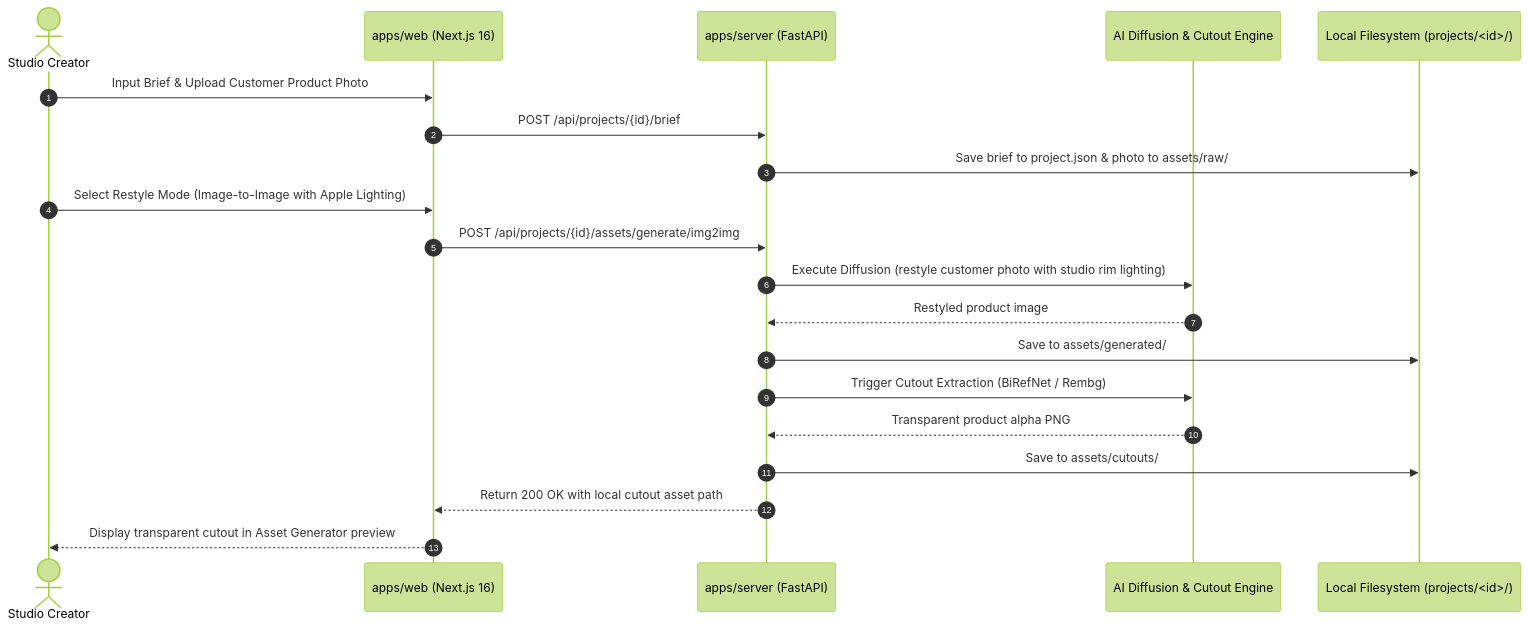
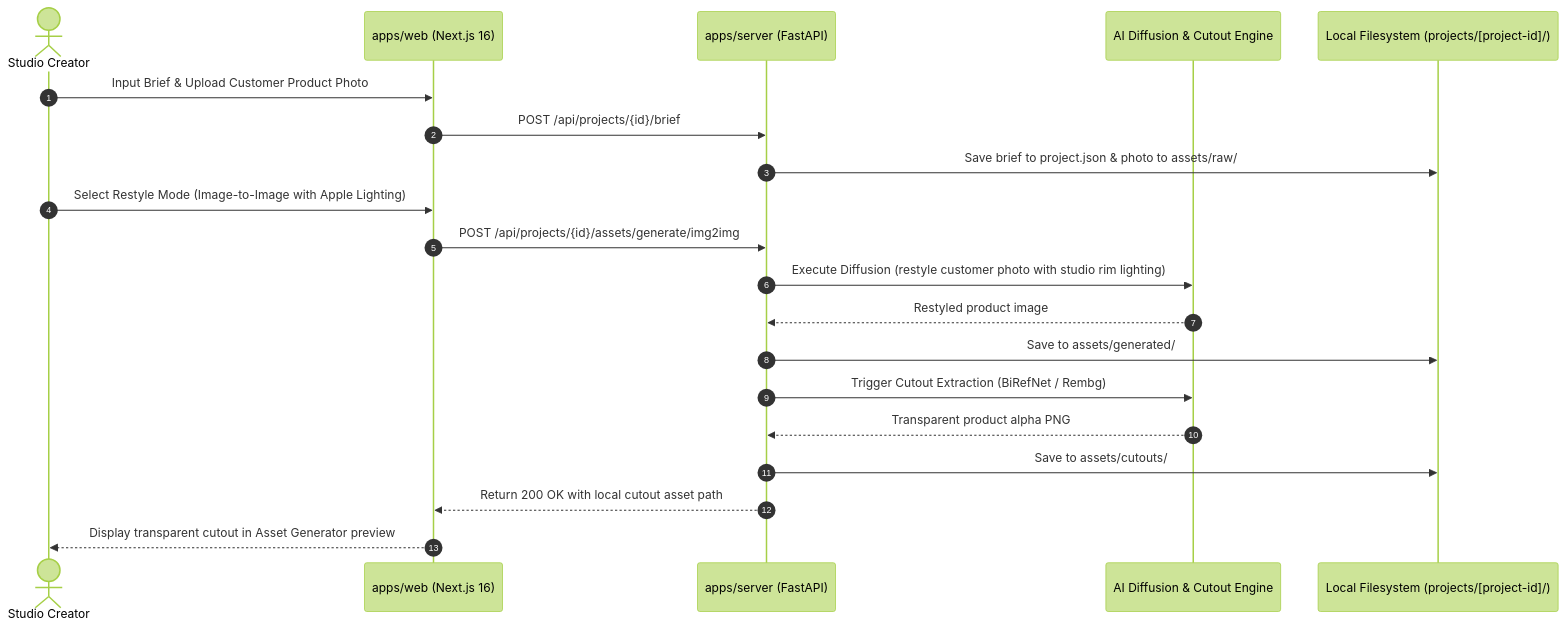
Before and after one commit to hoanglong2206/Video-Tool: the first of 5 diagrams in docs/architecture/DATA_FLOW.md, drawn with Mermaid (forest theme). The commit also changed other lines of this file and 8 other files, not shown here.

First line of the commit message:
fix(docs): fix Mermaid diagram syntax errors and unescaped tags

````diff
--- a/docs/architecture/DATA_FLOW.md
+++ b/docs/architecture/DATA_FLOW.md
@@ -21,25 +21,25 @@
 ```mermaid
 sequenceDiagram
     autonumber
     actor Creator as Studio Creator
     participant Web as apps/web (Next.js 16)
     participant API as apps/server (FastAPI)
     participant AI as AI Diffusion & Cutout Engine
-    participant FS as Local Filesystem (projects/<id>/)
+    participant FS as Local Filesystem (projects/[project-id]/)
 
     Creator->>Web: Input Brief & Upload Customer Product Photo
     Web->>API: POST /api/projects/{id}/brief
     API->>FS: Save brief to project.json & photo to assets/raw/
     
     Creator->>Web: Select Restyle Mode (Image-to-Image with Apple Lighting)
     Web->>API: POST /api/projects/{id}/assets/generate/img2img
     API->>AI: Execute Diffusion (restyle customer photo with studio rim lighting)
     AI-->>API: Restyled product image
     API->>FS: Save to assets/generated/
     
     API->>AI: Trigger Cutout Extraction (BiRefNet / Rembg)
     AI-->>API: Transparent product alpha PNG
     API->>FS: Save to assets/cutouts/
     API-->>Web: Return 200 OK with local cutout asset path
     Web-->>Creator: Display transparent cutout in Asset Generator preview
 ```
````
